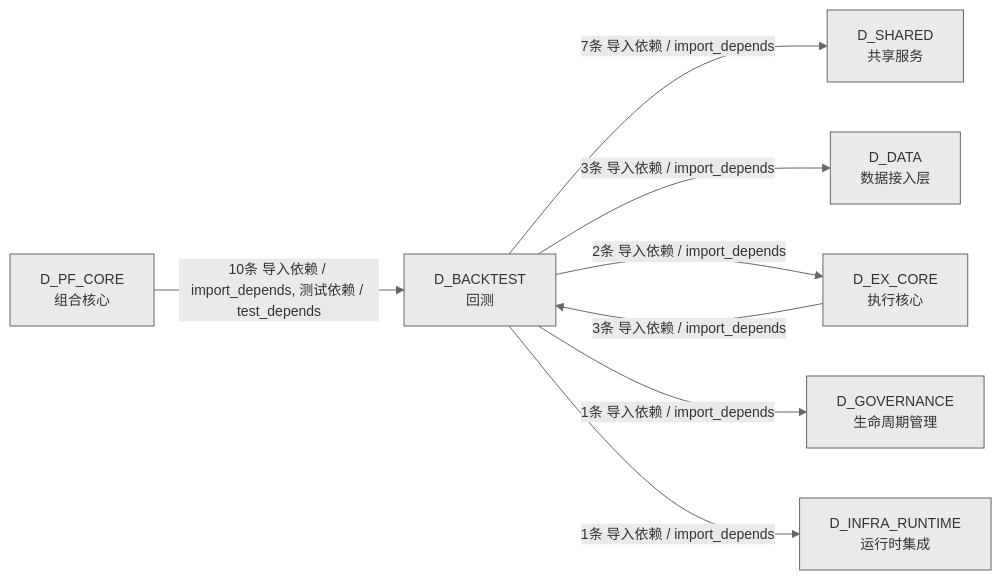
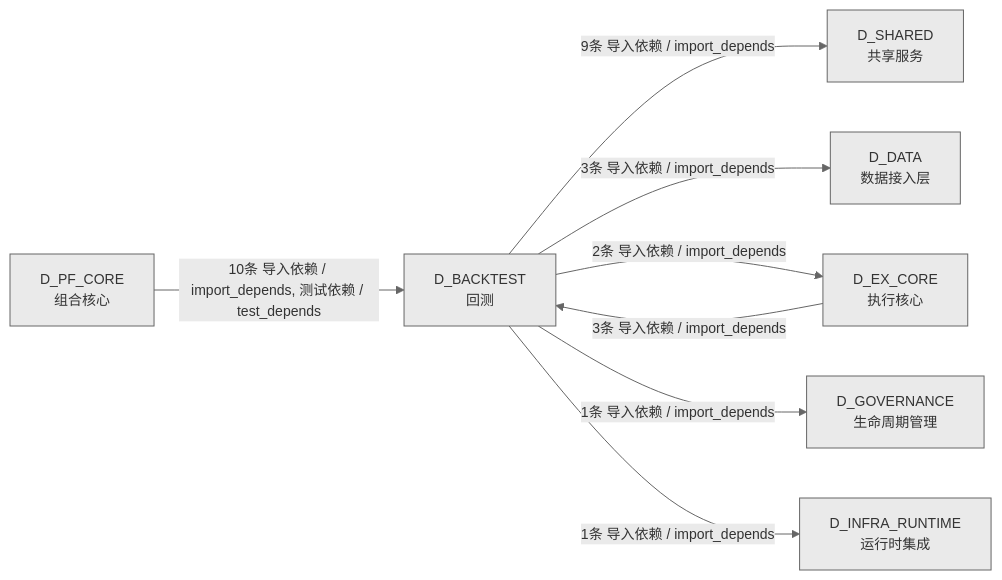
One commit to xuanFelixVan/ZephyrAlpha changed the fourth of 4 diagrams in docs/02_enterprise_architecture/02_domain_architecture_docs/35_d_backtest.md. Above: the diagram before and after it, drawn with Mermaid. The commit also changed other lines of this file and 50 other files, not shown here.

````diff
--- a/docs/02_enterprise_architecture/02_domain_architecture_docs/35_d_backtest.md
+++ b/docs/02_enterprise_architecture/02_domain_architecture_docs/35_d_backtest.md
@@ -346,18 +349,18 @@
 ```mermaid
 %%{init: {'theme': 'base', 'themeVariables': {'primaryColor': '#eaeaea', 'primaryTextColor': '#333333', 'primaryBorderColor': '#666666', 'lineColor': '#666666', 'secondaryColor': '#eaeaea', 'tertiaryColor': '#eaeaea', 'fontSize': '14px'}}}%%
 graph LR
     D_BACKTEST["D_BACKTEST<br/>回测"]
     D_SHARED["D_SHARED<br/>共享服务"]
     D_DATA["D_DATA<br/>数据接入层"]
     D_EX_CORE["D_EX_CORE<br/>执行核心"]
     D_GOVERNANCE["D_GOVERNANCE<br/>生命周期管理"]
     D_INFRA_RUNTIME["D_INFRA_RUNTIME<br/>运行时集成"]
     D_PF_CORE["D_PF_CORE<br/>组合核心"]
-    D_BACKTEST -->|7条 导入依赖 / import_depends| D_SHARED
+    D_BACKTEST -->|9条 导入依赖 / import_depends| D_SHARED
     D_BACKTEST -->|3条 导入依赖 / import_depends| D_DATA
     D_BACKTEST -->|2条 导入依赖 / import_depends| D_EX_CORE
     D_BACKTEST -->|1条 导入依赖 / import_depends| D_GOVERNANCE
     D_BACKTEST -->|1条 导入依赖 / import_depends| D_INFRA_RUNTIME
     D_PF_CORE -->|10条 导入依赖 / import_depends, 测试依赖 / test_depends| D_BACKTEST
     D_EX_CORE -->|3条 导入依赖 / import_depends| D_BACKTEST
 ```
````
